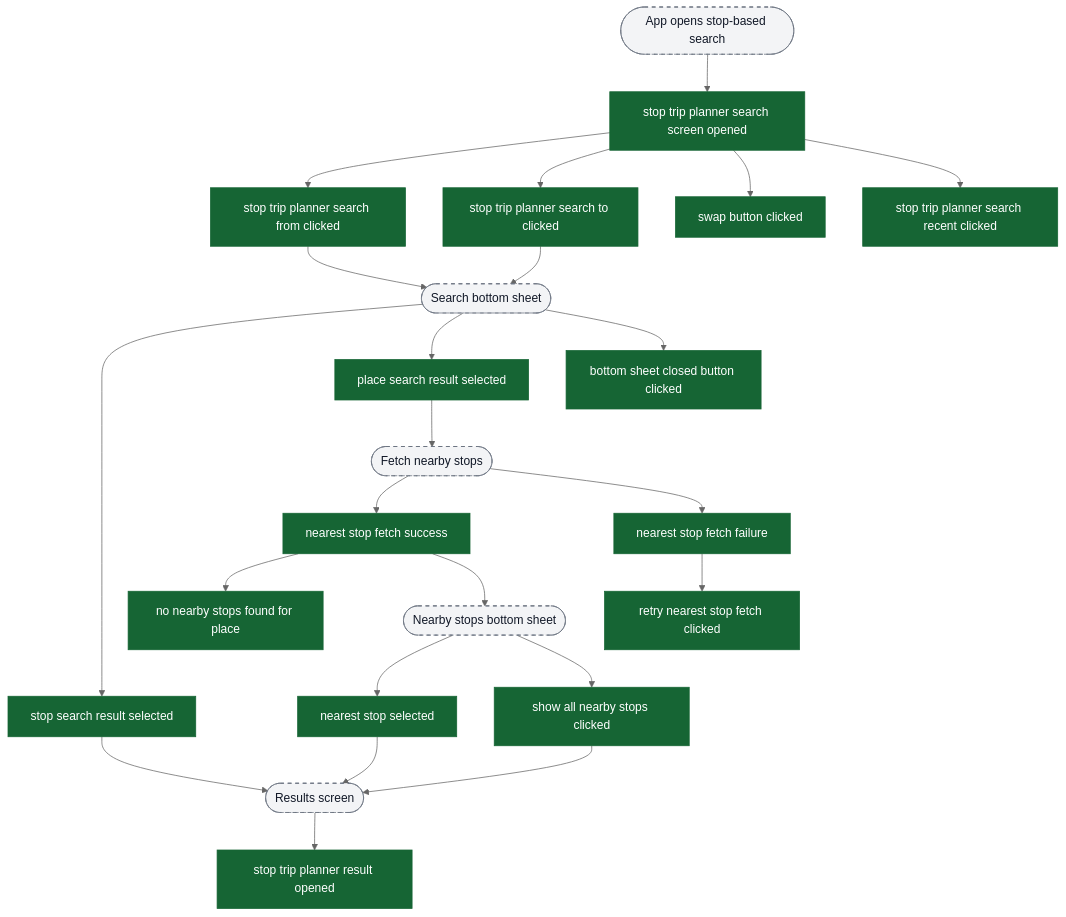
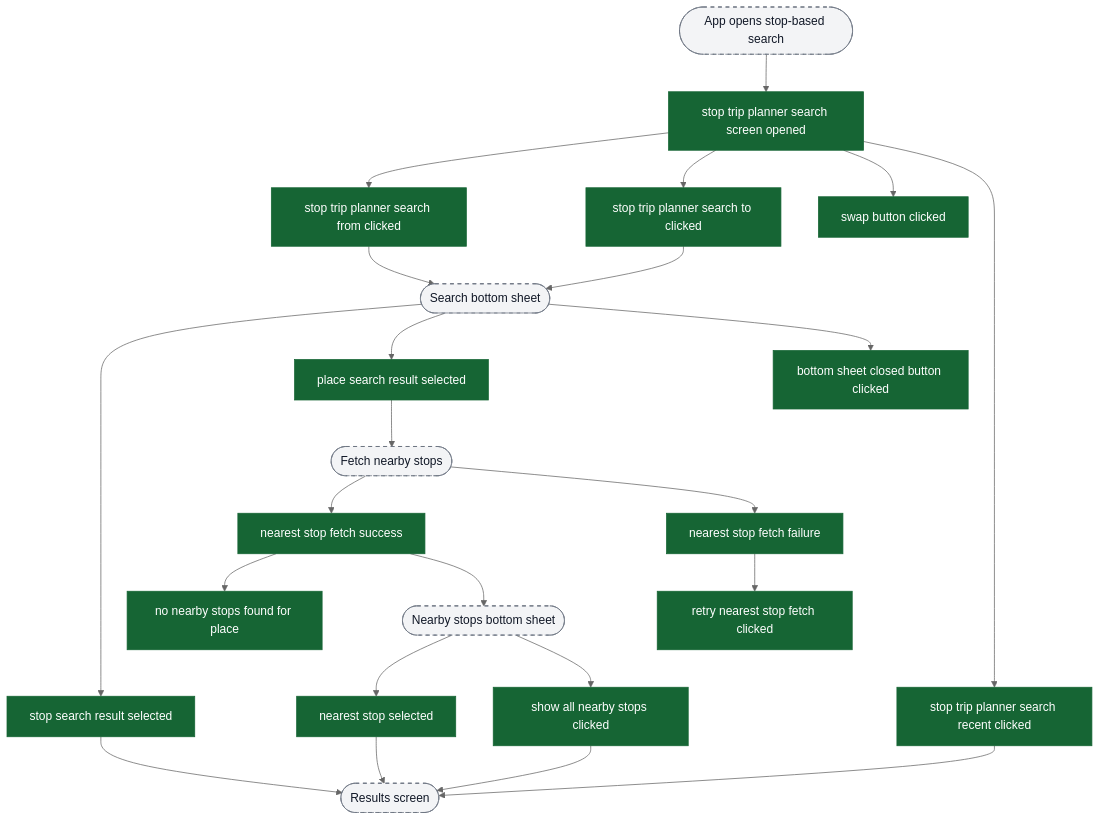
The third of 5 diagrams in content/analytics/trip-planner/flow-diagrams.md (ratulsarna/chalo-app-dashboard), drawn with Mermaid (neutral theme) before and after one commit. The commit also changed other lines of this file and 3 other files, not shown here.

Commit message:
feat(analytics): update mTicket and Trip Planner event definitions and flow diagrams

````diff
--- a/content/analytics/trip-planner/flow-diagrams.md
+++ b/content/analytics/trip-planner/flow-diagrams.md
@@ -90,40 +91,40 @@
 ```mermaid
 flowchart TD
+  %%chalo:diagram-link ui_resultsScreen -> title:Stop-Based Trip Planner: Results Interaction → Trip Details
   ui_entry([App opens stop-based search]) --> ev_searchOpened["stop trip planner search screen opened"]
 
   ev_searchOpened --> ev_fromClicked["stop trip planner search from clicked"]
   ev_searchOpened --> ev_toClicked["stop trip planner search to clicked"]
   ev_searchOpened --> ev_swapClicked["swap button clicked"]
   ev_searchOpened --> ev_recentClicked["stop trip planner search recent clicked"]
 
   ev_fromClicked --> ui_searchBottomSheet([Search bottom sheet])
   ev_toClicked --> ui_searchBottomSheet
 
   ui_searchBottomSheet --> ev_stopSelected["stop search result selected"]
   ui_searchBottomSheet --> ev_placeSelected["place search result selected"]
   ui_searchBottomSheet --> ev_bottomSheetClosed["bottom sheet closed button clicked"]
 
   ev_placeSelected --> ui_nearbyStopsFetch([Fetch nearby stops])
   ui_nearbyStopsFetch --> ev_nearestSuccess["nearest stop fetch success"]
   ui_nearbyStopsFetch --> ev_nearestFailure["nearest stop fetch failure"]
 
   ev_nearestFailure --> ev_retryFetch["retry nearest stop fetch clicked"]
   ev_nearestSuccess --> ev_nearestNoStops["no nearby stops found for place"]
 
   ev_nearestSuccess --> ui_nearbyStopsSheet([Nearby stops bottom sheet])
   ui_nearbyStopsSheet --> ev_nearestSelected["nearest stop selected"]
   ui_nearbyStopsSheet --> ev_showAll["show all nearby stops clicked"]
 
   ev_stopSelected --> ui_resultsScreen([Results screen])
   ev_nearestSelected --> ui_resultsScreen
   ev_showAll --> ui_resultsScreen
-
-  ui_resultsScreen --> ev_resultOpened["stop trip planner result opened"]
+  ev_recentClicked --> ui_resultsScreen
 
   classDef event fill:#166534,stroke:#166534,color:#ffffff;
   classDef ui fill:#f3f4f6,stroke:#6b7280,stroke-dasharray: 5 5,color:#111827;
   classDef external fill:#ffffff,stroke:#6b7280,stroke-dasharray: 3 3,color:#111827;
 
-  class ev_searchOpened,ev_fromClicked,ev_toClicked,ev_swapClicked,ev_recentClicked,ev_stopSelected,ev_placeSelected,ev_bottomSheetClosed,ev_nearestSuccess,ev_nearestFailure,ev_retryFetch,ev_nearestNoStops,ev_nearestSelected,ev_showAll,ev_resultOpened event;
+  class ev_searchOpened,ev_fromClicked,ev_toClicked,ev_swapClicked,ev_recentClicked,ev_stopSelected,ev_placeSelected,ev_bottomSheetClosed,ev_nearestSuccess,ev_nearestFailure,ev_retryFetch,ev_nearestNoStops,ev_nearestSelected,ev_showAll event;
   class ui_entry,ui_searchBottomSheet,ui_nearbyStopsFetch,ui_nearbyStopsSheet,ui_resultsScreen ui;
 ```
````
